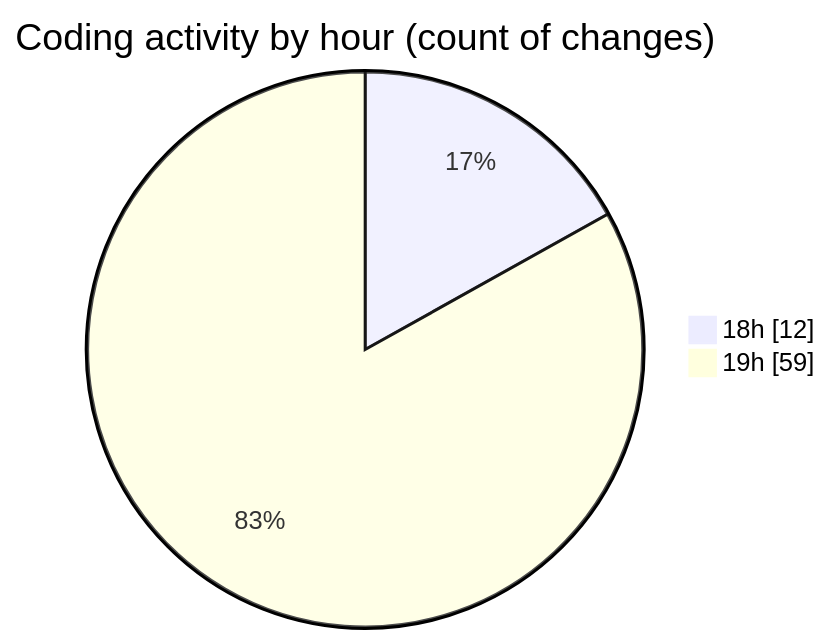
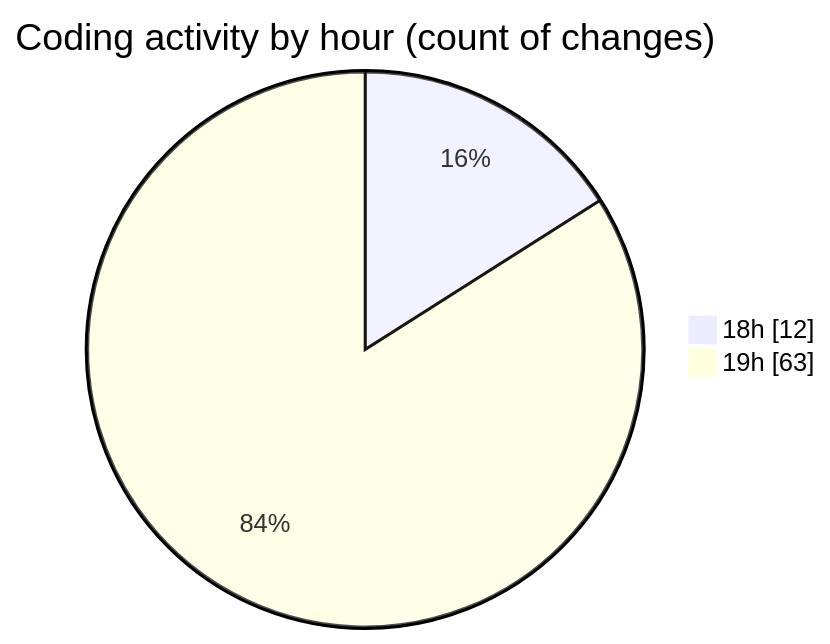
The second of 2 diagrams in 2025-03-14/myws__workspace_/README.md (MatusMokan/code-tracking), drawn with Mermaid before and after one commit. The commit also changed other lines of this file and 1 other file, not shown here.

````diff
--- a/2025-03-14/myws__workspace_/README.md
+++ b/2025-03-14/myws__workspace_/README.md
@@ -30,6 +30,6 @@
 ```mermaid
 pie showData
 title Coding activity by hour (count of changes)
 "18h" : 12
-"19h" : 59
+"19h" : 63
 ```
````
